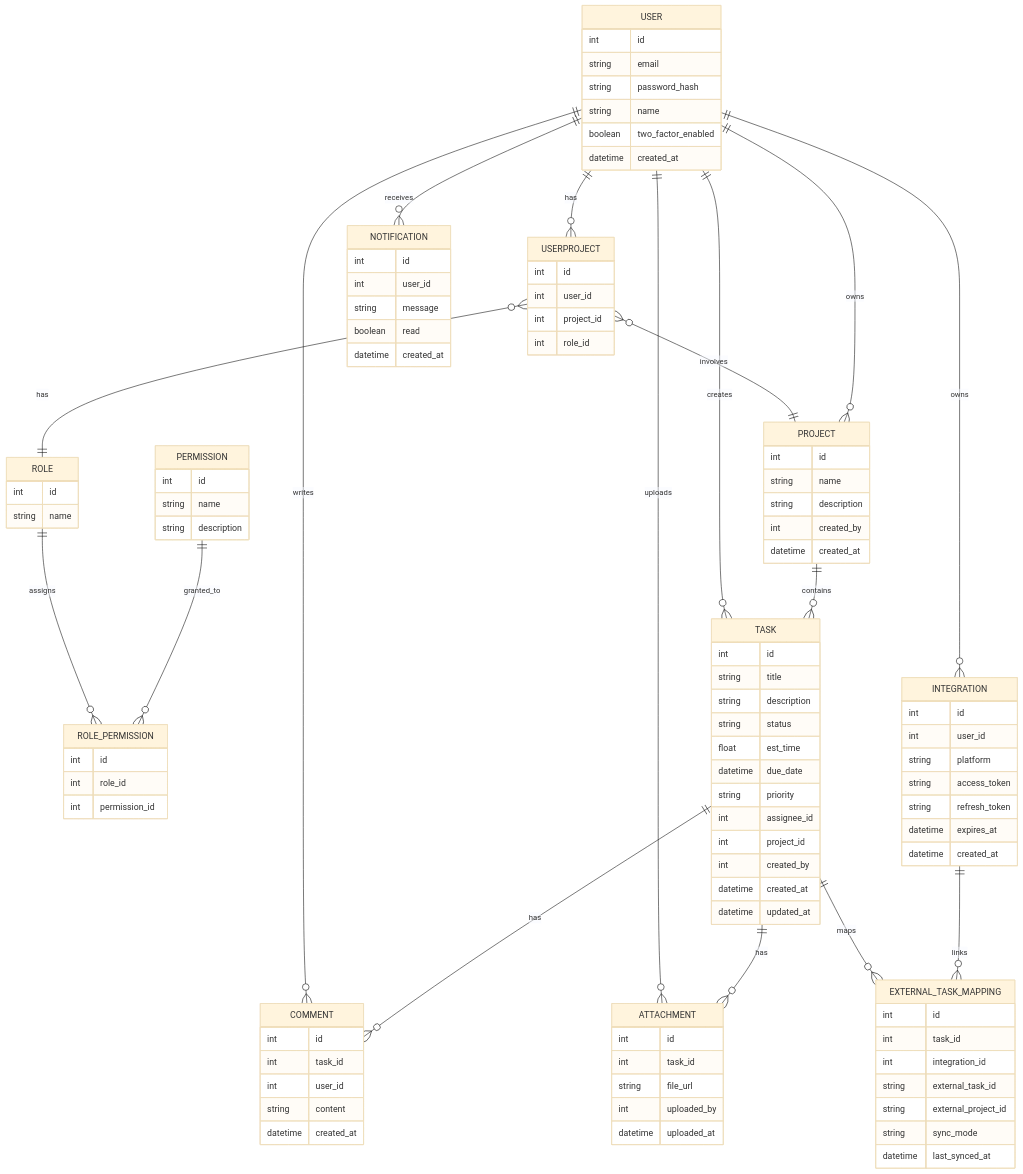
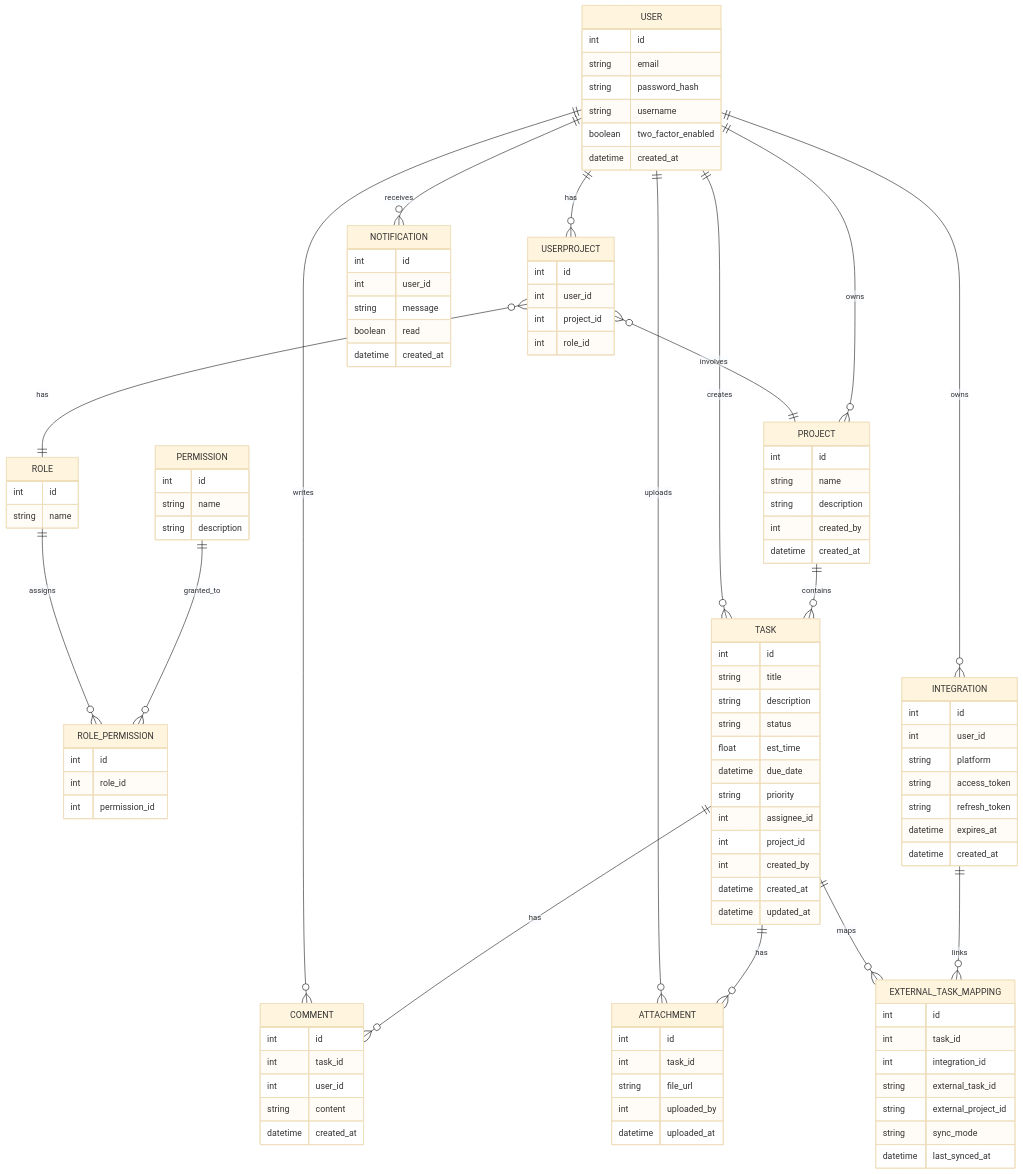
The diagram in docs/database-v1.md (uit-lt/tms-python-backend), drawn with Mermaid (base theme) before and after one commit. The commit also changed 3 other files, not shown here.

```diff
--- a/docs/database-v1.md
+++ b/docs/database-v1.md
@@ -28,7 +28,7 @@
         int id
         string email
         string password_hash
-        string name
+        string username
         boolean two_factor_enabled
         datetime created_at
     }
```
